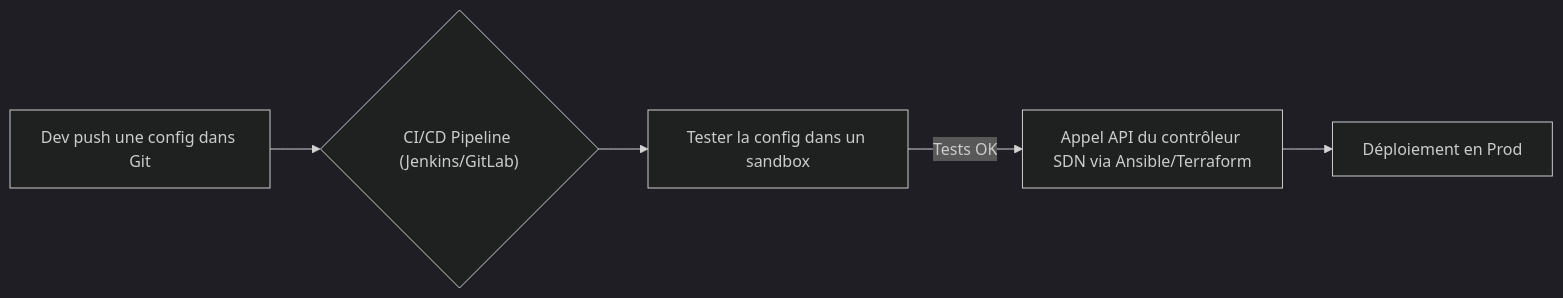
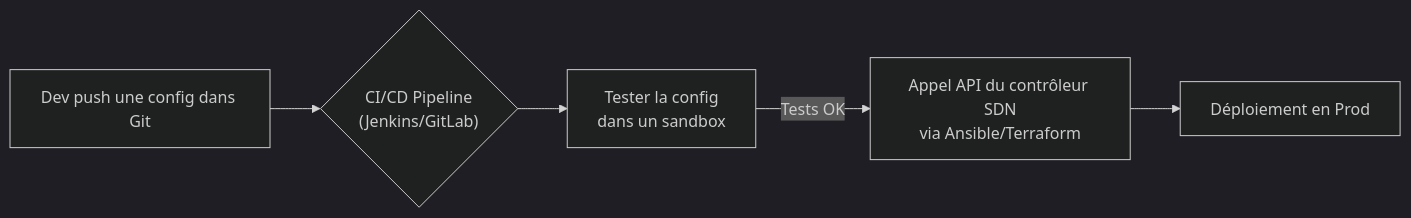
One commit to Ncls-d/Learning changed the diagram in DevOps/Intégration de DevOps avec SDN.md. Above: the diagram before and after it, drawn with Mermaid (dark theme). The commit also changed other lines of this file, not shown here.

Commit message:
Update Intégration de DevOps avec SDN.md

````diff
--- a/DevOps/Intégration de DevOps avec SDN.md
+++ b/DevOps/Intégration de DevOps avec SDN.md
@@ -76,7 +57,7 @@
-    ```mermaid
-    graph LR
-    A["Dev push une config dans Git"] --> B{"CI/CD Pipeline (Jenkins/GitLab)"}
-    B --> C["Tester la config dans un sandbox"]
-    C -- "Tests OK" --> D["Appel API du contrôleur SDN via Ansible/Terraform"]
+```mermaid
+graph LR
+    A["Dev push une config dans Git"] --> B{"CI/CD Pipeline<br>(Jenkins/GitLab)"}
+    B --> C["Tester la config<br>dans un sandbox"]
+    C -- "Tests OK" --> D["Appel API du contrôleur SDN<br>via Ansible/Terraform"]
     D --> E["Déploiement en Prod"]
-    ```
+```
````
